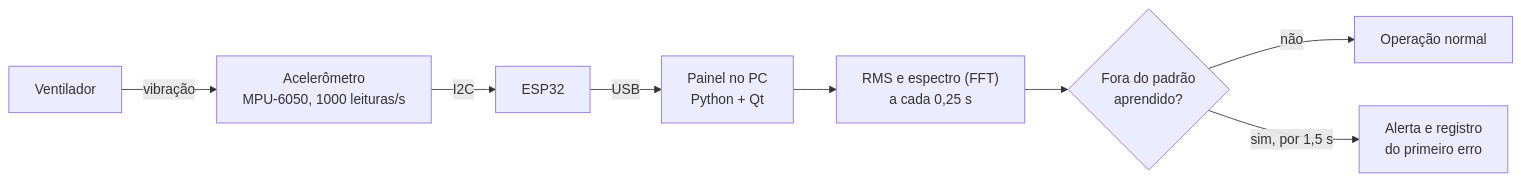
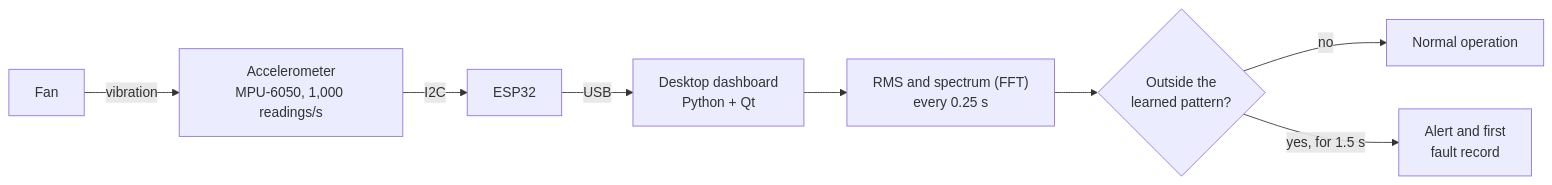
The diagram in README.md (ViniciusVerdili96/manutencao-preditiva), drawn with Mermaid before and after one commit. The commit also changed other lines of this file and 10 other files, not shown here.

````diff
--- a/README.md
+++ b/README.md
@@ -62,10 +63,10 @@
 ```mermaid
 flowchart LR
-    A[Ventilador] -->|vibração| B["Acelerômetro<br/>MPU-6050, 1000 leituras/s"]
+    A[Fan] -->|vibration| B["Accelerometer<br/>MPU-6050, 1,000 readings/s"]
     B -->|I2C| C[ESP32]
-    C -->|USB| D["Painel no PC<br/>Python + Qt"]
-    D --> E["RMS e espectro (FFT)<br/>a cada 0,25 s"]
-    E --> F{"Fora do padrão<br/>aprendido?"}
-    F -->|não| G[Operação normal]
-    F -->|"sim, por 1,5 s"| H["Alerta e registro<br/>do primeiro erro"]
+    C -->|USB| D["Desktop dashboard<br/>Python + Qt"]
+    D --> E["RMS and spectrum (FFT)<br/>every 0.25 s"]
+    E --> F{"Outside the<br/>learned pattern?"}
+    F -->|no| G[Normal operation]
+    F -->|"yes, for 1.5 s"| H["Alert and first<br/>fault record"]
 ```
````
